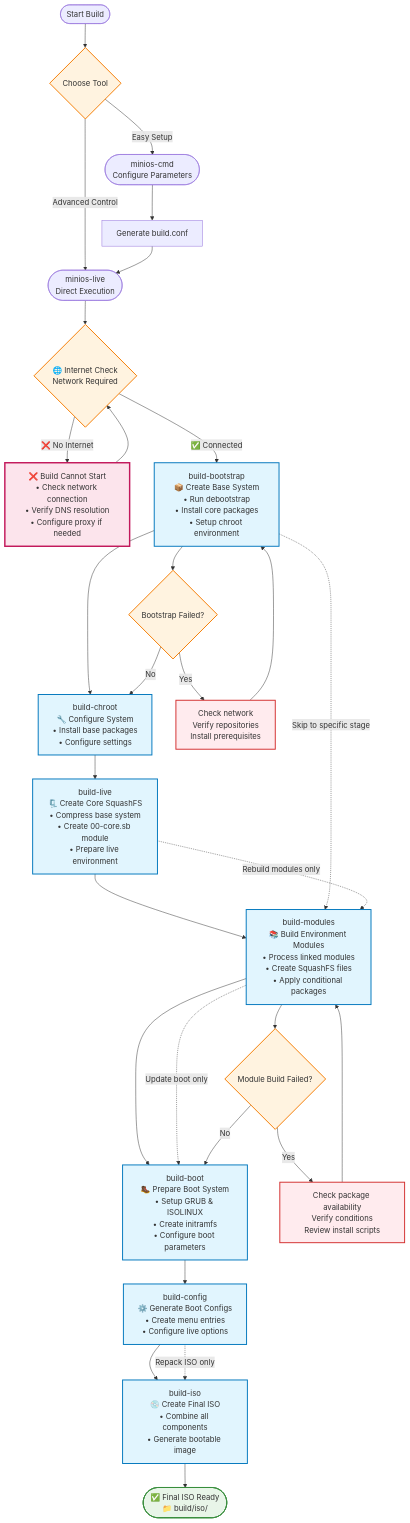
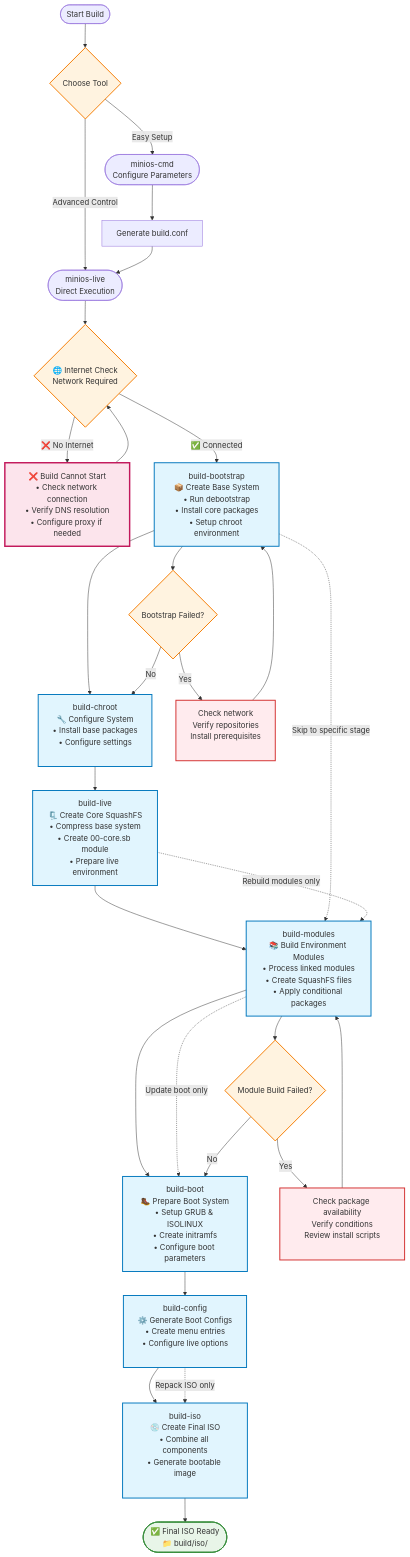
The diagram in Building-MiniOS.md (minios-linux/docs), drawn with Mermaid before and after one commit. The commit also changed other lines of this file, not shown here.

Commit message:
Refactor flowchart formatting and improve readability in Building MiniOS documentation

````diff
--- a/Building-MiniOS.md
+++ b/Building-MiniOS.md
@@ -105,62 +105,62 @@
 ```mermaid
 flowchart TD
     Start([Start Build]) --> Choice{Choose Tool}
-    
+
     Choice -->|Easy Setup| A([minios-cmd<br/>Configure Parameters])
     Choice -->|Advanced Control| B([minios-live<br/>Direct Execution])
-    
+
     A --> A1[Generate build.conf]
     A1 --> B
-    
+
     B --> PreCheck{🌐 Internet Check<br/>Network Required}
     PreCheck -->|❌ No Internet| NetworkFail[❌ Build Cannot Start<br/>• Check network connection<br/>• Verify DNS resolution<br/>• Configure proxy if needed]
     PreCheck -->|✅ Connected| C1
-    
+
     NetworkFail --> PreCheck
-    
+
     C1[build-bootstrap<br/>📦 Create Base System<br/>• Run debootstrap<br/>• Install core packages<br/>• Setup chroot environment]
-    
-    C1 --> C2[build-chroot<br/>🔧 Configure System<br/>• Install base packages<br/>• Configure settings]
-    
+
+    C1 --> C2[build-chroot<br/>🔧 Configure System<br/>• Install base packages<br/>• Configure settings<br/><br/>]
+
     C2 --> C3[build-live<br/>🗜️ Create Core SquashFS<br/>• Compress base system<br/>• Create 00-core.sb module<br/>• Prepare live environment]
-    
+
     C3 --> C4[build-modules<br/>📚 Build Environment Modules<br/>• Process linked modules<br/>• Create SquashFS files<br/>• Apply conditional packages]
-    
+
     C4 --> C5[build-boot<br/>🥾 Prepare Boot System<br/>• Setup GRUB & ISOLINUX<br/>• Create initramfs<br/>• Configure boot parameters]
-    
-    C5 --> C6[build-config<br/>⚙️ Generate Boot Configs<br/>• Create menu entries<br/>• Configure live options]
-    
-    C6 --> C7[build-iso<br/>💿 Create Final ISO<br/>• Combine all components<br/>• Generate bootable image]
-    
+
+    C5 --> C6[build-config<br/>⚙️ Generate Boot Configs<br/>• Create menu entries<br/>• Configure live options<br/><br/>]
+
+    C6 --> C7[build-iso<br/>💿 Create Final ISO<br/>• Combine all components<br/>• Generate bootable image<br/><br/>]
+
     C7 --> Success([✅ Final ISO Ready<br/>📁 build/iso/])
-    
+
     %% Alternative paths
     C1 -.->|Skip to specific stage| C4
     C3 -.->|Rebuild modules only| C4
     C4 -.->|Update boot only| C5
     C6 -.->|Repack ISO only| C7
-    
+
     %% Error handling
     C1 --> Error1{Bootstrap Failed?}
-    Error1 -->|Yes| Fix1[Check network<br/>Verify repositories<br/>Install prerequisites]
+    Error1 -->|Yes| Fix1[Check network<br/>Verify repositories<br/>Install prerequisites<br/><br/>]
     Error1 -->|No| C2
     Fix1 --> C1
-    
+
     C4 --> Error2{Module Build Failed?}
-    Error2 -->|Yes| Fix2[Check package availability<br/>Verify conditions<br/>Review install scripts]
+    Error2 -->|Yes| Fix2[Check package availability<br/>Verify conditions<br/>Review install scripts<br/><br/>]
     Error2 -->|No| C5
     Fix2 --> C4
-    
+
     %% Styling
     classDef processBox fill:#e1f5fe,stroke:#0277bd,stroke-width:2px
     classDef choiceBox fill:#fff3e0,stroke:#f57c00,stroke-width:2px
     classDef errorBox fill:#ffebee,stroke:#d32f2f,stroke-width:2px
     classDef successBox fill:#e8f5e8,stroke:#388e3c,stroke-width:2px
     classDef criticalBox fill:#fce4ec,stroke:#c2185b,stroke-width:3px
-    
+
     class C1,C2,C3,C4,C5,C6,C7 processBox
     class Choice,PreCheck,Error1,Error2 choiceBox
     class Fix1,Fix2 errorBox
     class Success successBox
     class NetworkFail criticalBox
 ```
````
